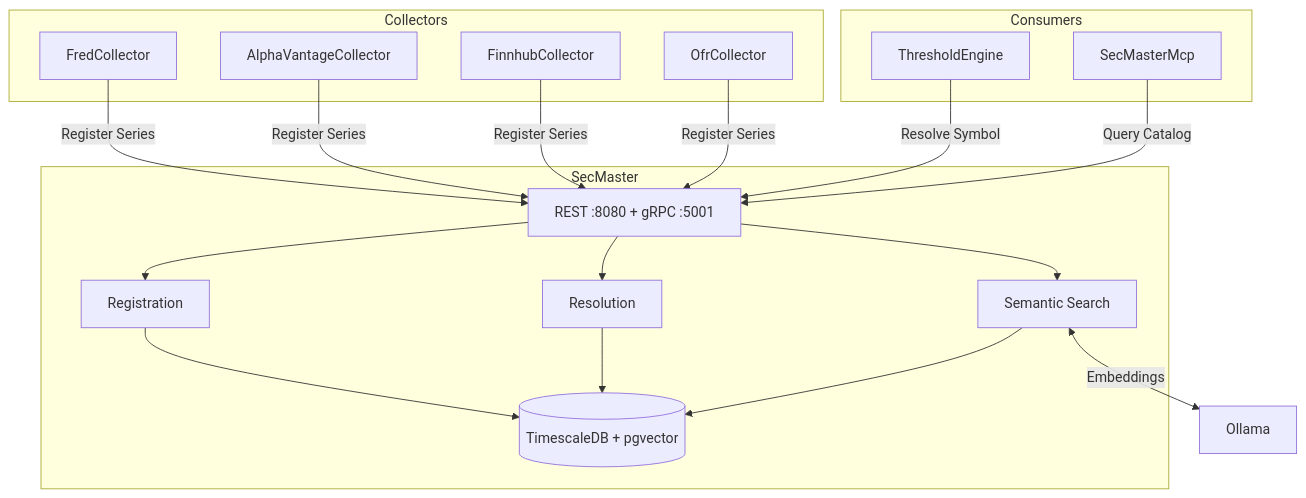
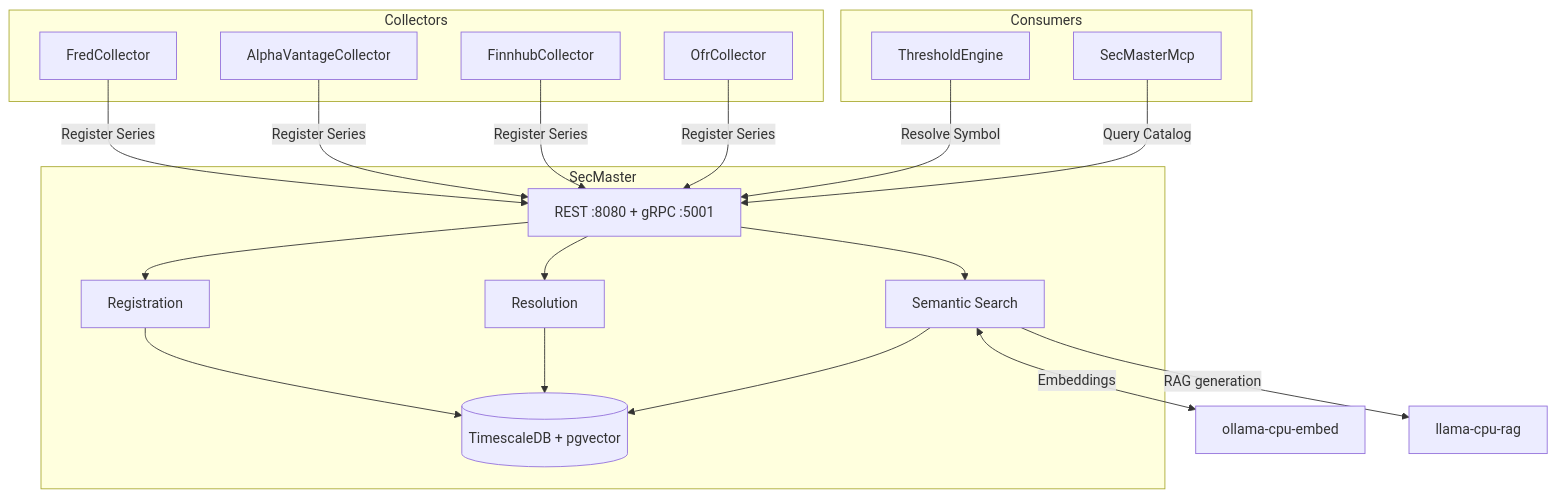
One commit to jpansarasa/ATLAS-Docs changed the diagram in SecMaster/README.md. Above: the diagram before and after it, drawn with Mermaid. The commit also changed other lines of this file and 4 other files, not shown here.

````diff
--- a/SecMaster/README.md
+++ b/SecMaster/README.md
@@ -13,29 +13,30 @@
 ```mermaid
 flowchart TD
     subgraph Collectors
         FC[FredCollector]
         AV[AlphaVantageCollector]
         FH[FinnhubCollector]
         OFR[OfrCollector]
     end
 
     subgraph SecMaster
         API[REST :8080 + gRPC :5001]
         REG[Registration]
         RES[Resolution]
         SEM[Semantic Search]
         DB[(TimescaleDB + pgvector)]
     end
 
     subgraph Consumers
         TE[ThresholdEngine]
         MCP[SecMasterMcp]
     end
 
     FC & AV & FH & OFR -->|Register Series| API
     API --> REG --> DB
     TE -->|Resolve Symbol| API
     MCP -->|Query Catalog| API
     API --> RES & SEM --> DB
-    SEM <-->|Embeddings| OLLAMA[Ollama]
+    SEM <-->|Embeddings| OLLAMA[ollama-cpu-embed]
+    SEM -->|RAG generation| LCR[llama-cpu-rag]
 ```
````
